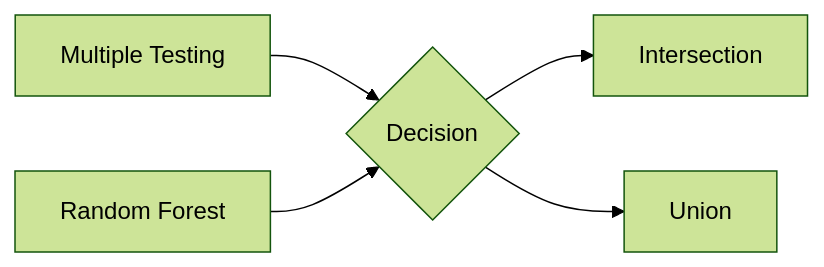
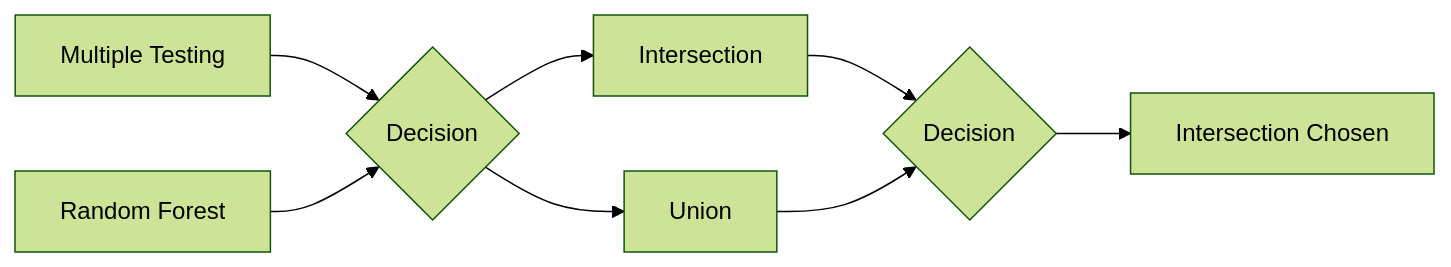
Before and after one commit to pstat-197a-fall2026/module1-biomarker-main-team5: the diagram in results/report.qmd, drawn with Mermaid (forest theme). The commit also changed 1 other file, not shown here.

Commit message:
updated flowchart

````diff
--- a/results/report.qmd
+++ b/results/report.qmd
@@ -42,7 +42,10 @@
 ```{mermaid}
 flowchart LR
   A[Multiple Testing] --> C{Decision}
   B[Random Forest] --> C{Decision}
   C --> D[Intersection]
   C --> E[Union]
+  D --> F{Decision}
+  E --> F{Decision}
+  F --> G[Intersection Chosen]
 ```
````
